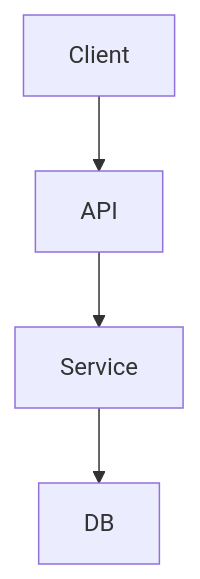
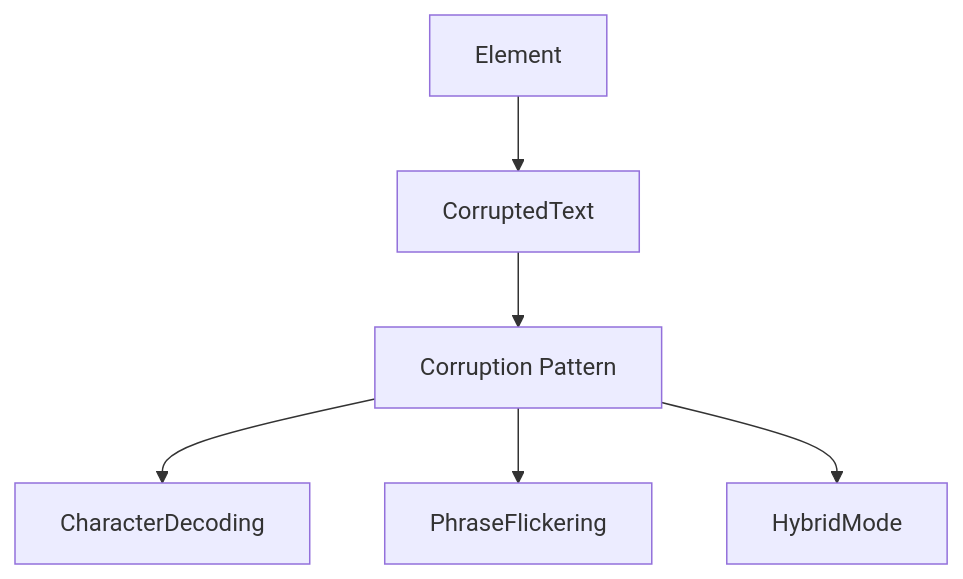
One commit to whykusanagi/corrupted-theme changed the first of 2 diagrams in CLAUDE.md. Above: the diagram before and after it, drawn with Mermaid. The commit also changed other lines of this file and 23 other files, not shown here.

````diff
--- a/CLAUDE.md
+++ b/CLAUDE.md
@@ -231,6 +272,8 @@
-     ```mermaid
-     flowchart TD
-       Client --> API
-       API --> Service
-       Service --> DB
-     ```
+```mermaid
+flowchart TD
+  Element --> CorruptedText
+  CorruptedText --> Pattern[Corruption Pattern]
+  Pattern --> CharacterDecoding
+  Pattern --> PhraseFlickering
+  Pattern --> HybridMode
+```
````
